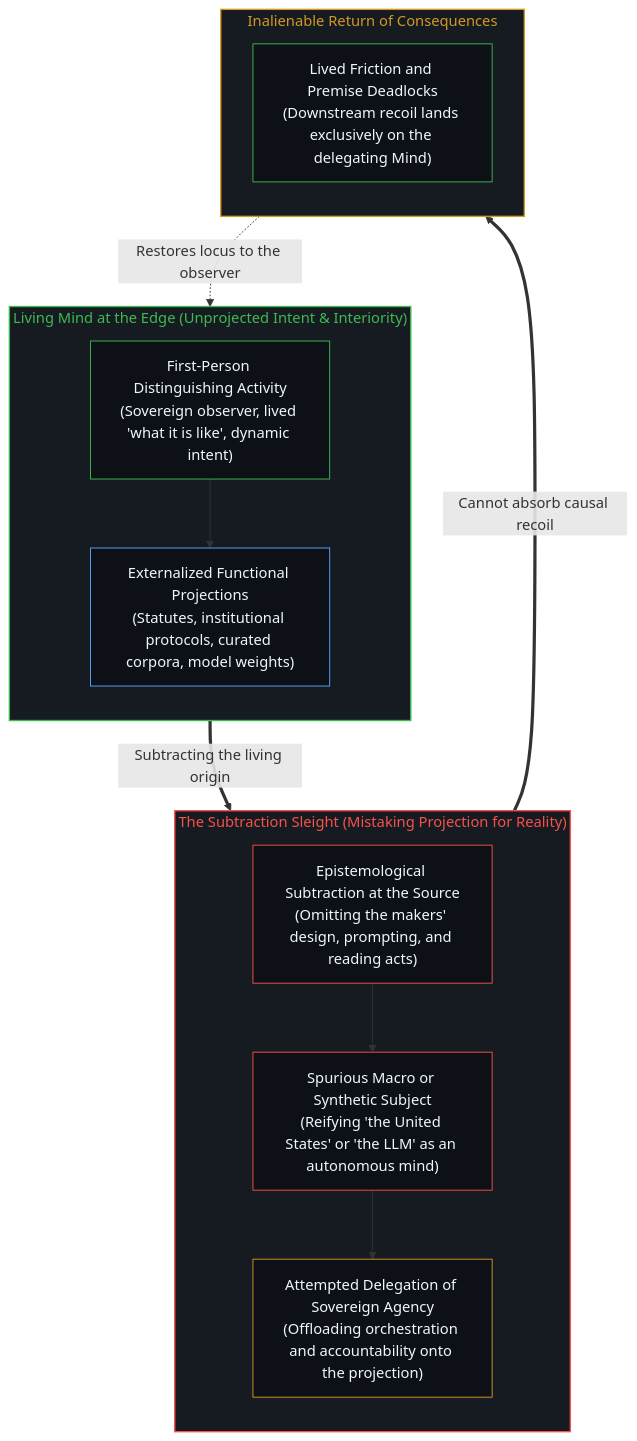
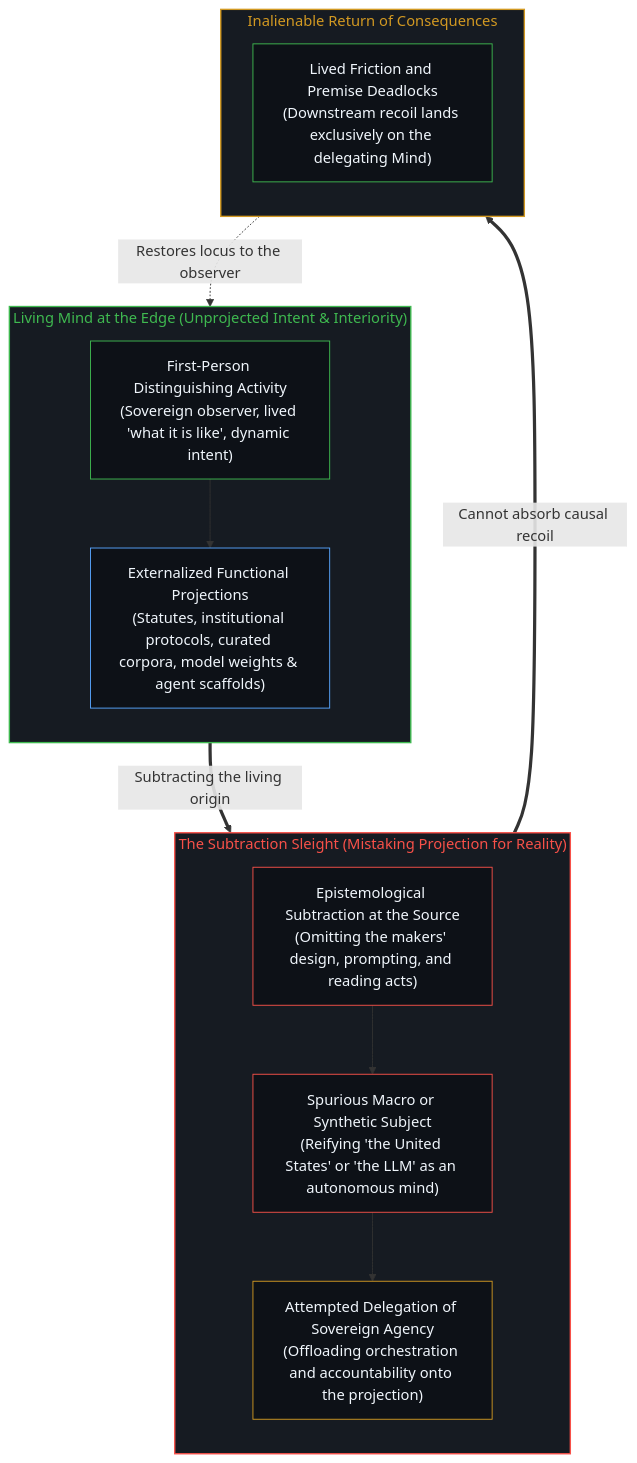
One commit to powerpig99/not-a-toe changed the second of 2 diagrams in content/posts/subtracting-consciousness-at-the-source.md. Above: the diagram before and after it, drawn with Mermaid. The commit also changed other lines of this file and 12 other files, not shown here.

````diff
--- a/content/posts/subtracting-consciousness-at-the-source.md
+++ b/content/posts/subtracting-consciousness-at-the-source.md
@@ -68,36 +68,36 @@
 ```mermaid
 flowchart TD
     subgraph S_Origin["Living Mind at the Edge (Unprojected Intent & Interiority)"]
         direction TB
         O1["First-Person Distinguishing Activity<br/>(Sovereign observer, lived 'what it is like', dynamic intent)"]
-        O2["Externalized Functional Projections<br/>(Statutes, institutional protocols, curated corpora, model weights)"]
+        O2["Externalized Functional Projections<br/>(Statutes, institutional protocols, curated corpora, model weights & agent scaffolds)"]
         O1 --> O2
     end
 
     subgraph S_Subtraction["The Subtraction Sleight (Mistaking Projection for Reality)"]
         direction TB
         S1["Epistemological Subtraction at the Source<br/>(Omitting the makers' design, prompting, and reading acts)"]
         S2["Spurious Macro or Synthetic Subject<br/>(Reifying 'the United States' or 'the LLM' as an autonomous mind)"]
         S3["Attempted Delegation of Sovereign Agency<br/>(Offloading orchestration and accountability onto the projection)"]
         S1 --> S2 --> S3
     end
 
     subgraph S_Return["Inalienable Return of Consequences"]
         direction TB
         R1["Lived Friction and Premise Deadlocks<br/>(Downstream recoil lands exclusively on the delegating Mind)"]
     end
 
     O2 ==>|"Subtracting the living origin"| S1
     S3 ==>|"Cannot absorb causal recoil"| R1
     R1 -.->|"Restores locus to the observer"| O1
 
     style S_Origin fill:#161b22,stroke:#3fb950,stroke-width:1.5px,color:#3fb950
     style S_Subtraction fill:#161b22,stroke:#f85149,stroke-width:1.5px,color:#f85149
     style S_Return fill:#161b22,stroke:#d29922,stroke-width:1.5px,color:#d29922
     style O1 fill:#0d1117,stroke:#3fb950,stroke-width:1px,color:#f0f6fc
     style O2 fill:#0d1117,stroke:#58a6ff,stroke-width:1px,color:#f0f6fc
     style S1 fill:#0d1117,stroke:#f85149,stroke-width:1px,color:#f0f6fc
     style S2 fill:#0d1117,stroke:#f85149,stroke-width:1px,color:#f0f6fc
     style S3 fill:#0d1117,stroke:#d29922,stroke-width:1px,color:#f0f6fc
     style R1 fill:#0d1117,stroke:#3fb950,stroke-width:1px,color:#f0f6fc
 ```
````
